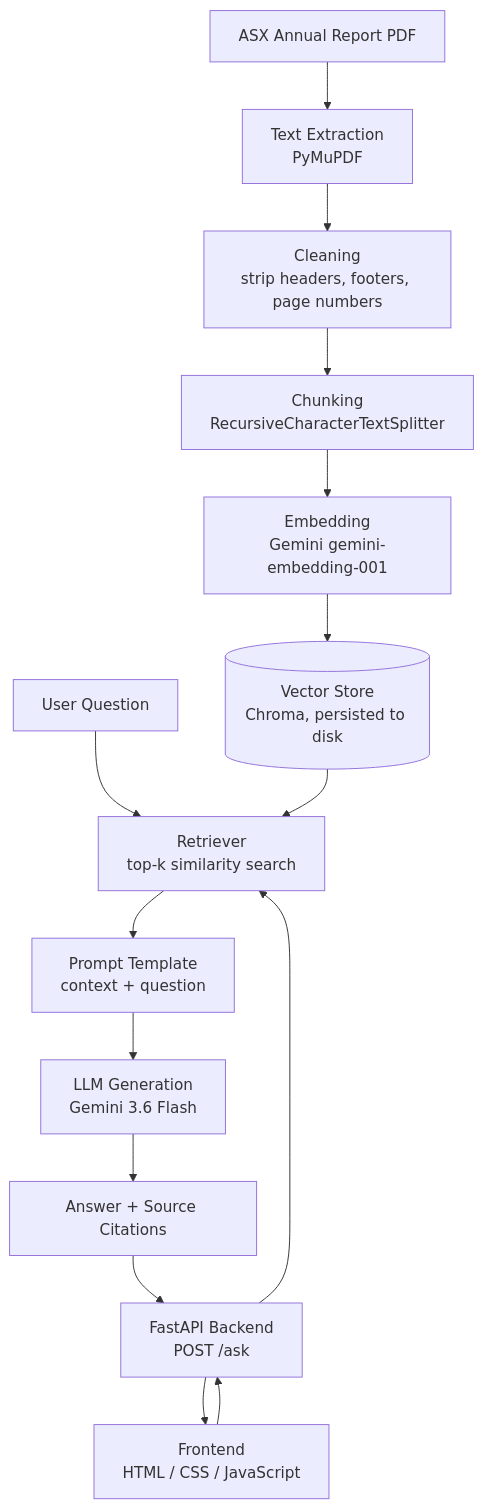
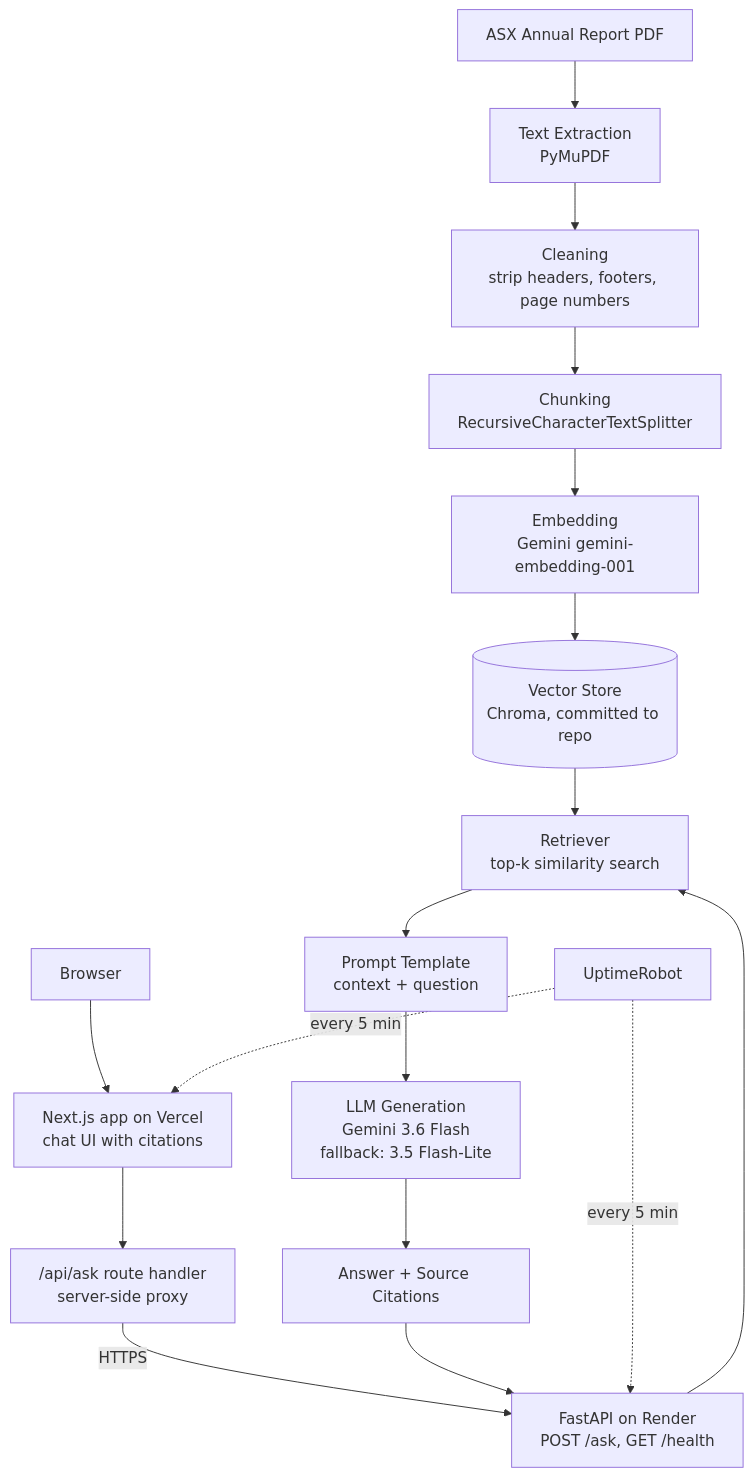
The diagram in README.md (duaasghar/asx-annual-report-rag-assistant), drawn with Mermaid before and after one commit. The commit also changed other lines of this file and 1 other file, not shown here.

First line of the commit message:
Update README for the deployed stack; remove old static frontend

````diff
--- a/README.md
+++ b/README.md
@@ -20,19 +30,21 @@
 ```mermaid
 flowchart TD
     A[ASX Annual Report PDF] --> B[Text Extraction<br/>PyMuPDF]
     B --> C[Cleaning<br/>strip headers, footers, page numbers]
     C --> D[Chunking<br/>RecursiveCharacterTextSplitter]
     D --> E[Embedding<br/>Gemini gemini-embedding-001]
-    E --> F[(Vector Store<br/>Chroma, persisted to disk)]
+    E --> F[(Vector Store<br/>Chroma, committed to repo)]
 
-    G[User Question] --> H[Retriever<br/>top-k similarity search]
+    U[Browser] --> W[Next.js app on Vercel<br/>chat UI with citations]
+    W --> P["/api/ask route handler<br/>server-side proxy"]
+    P -->|HTTPS| M[FastAPI on Render<br/>POST /ask, GET /health]
+    M --> H[Retriever<br/>top-k similarity search]
     F --> H
     H --> I[Prompt Template<br/>context + question]
-    I --> J[LLM Generation<br/>Gemini 3.6 Flash]
+    I --> J[LLM Generation<br/>Gemini 3.6 Flash<br/>fallback: 3.5 Flash-Lite]
     J --> K[Answer + Source Citations]
+    K --> M
 
-    L[Frontend<br/>HTML / CSS / JavaScript] --> M[FastAPI Backend<br/>POST /ask]
-    M --> H
-    K --> M
-    M --> L
+    R[UptimeRobot] -.->|every 5 min| W
+    R -.->|every 5 min| M
 ```
````
